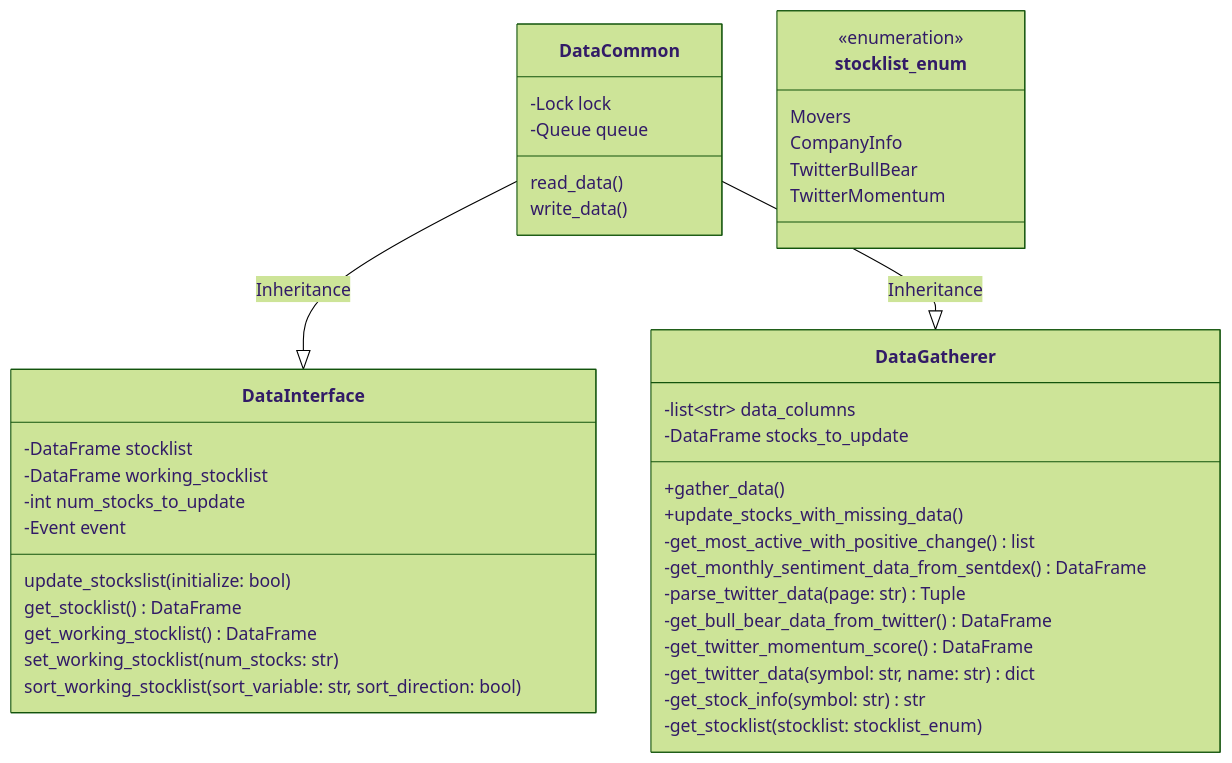
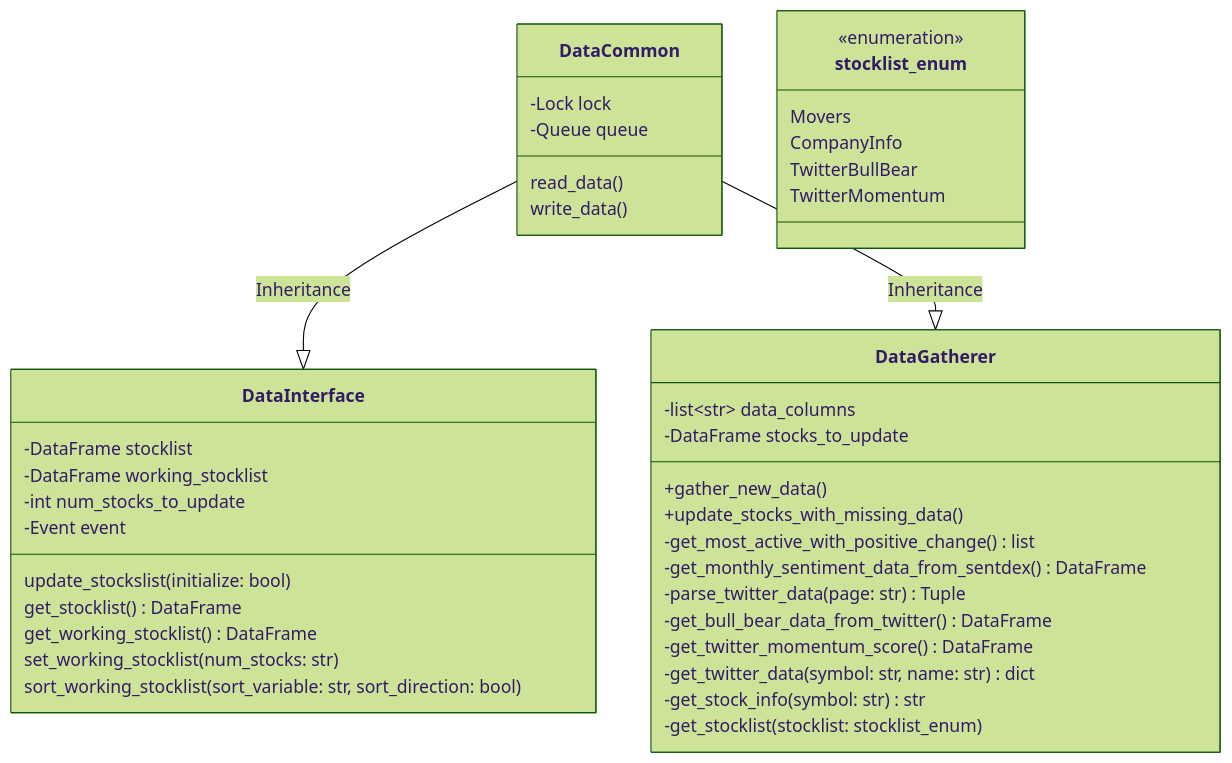
One commit to timfornell/StockScreener changed the diagram in Doc/ClassDiagram.mmd. Above: the diagram before and after it, drawn with Mermaid (forest theme). The commit also changed 3 other files, not shown here.

Commit message:
Add TODO, update README, ClassDiagram and Stocklist

```diff
--- a/Doc/ClassDiagram.mmd
+++ b/Doc/ClassDiagram.mmd
@@ -1,47 +1,47 @@
 classDiagram
 class DataCommon{
     read_data()
     write_data()
     -Lock lock
     -Queue queue
 }
 
 class DataInterface{
     -DataFrame stocklist
     -DataFrame working_stocklist
     -int num_stocks_to_update
     -Event event
 
     update_stockslist(initialize: bool)
     get_stocklist() DataFrame
     get_working_stocklist() DataFrame
     set_working_stocklist(num_stocks: str)
     sort_working_stocklist(sort_variable: str, sort_direction: bool)
 }
 
 class DataGatherer{
     -list~str~ data_columns
     -DataFrame stocks_to_update
 
-    +gather_data()
+    +gather_new_data()
     +update_stocks_with_missing_data()
     -get_most_active_with_positive_change() list
     -get_monthly_sentiment_data_from_sentdex() DataFrame
     -parse_twitter_data(page: str) Tuple
     -get_bull_bear_data_from_twitter() DataFrame
     -get_twitter_momentum_score() DataFrame
     -get_twitter_data(symbol: str, name: str) dict
     -get_stock_info(symbol: str) str
     -get_stocklist(stocklist: stocklist_enum)
 }
 
 class stocklist_enum{
     <<enumeration>>
     Movers
     CompanyInfo
     TwitterBullBear
     TwitterMomentum
 }
 
 DataCommon --|> DataInterface : Inheritance
 DataCommon --|> DataGatherer : Inheritance
```
